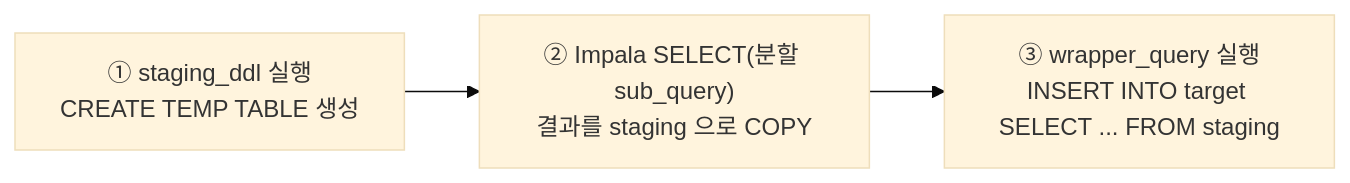
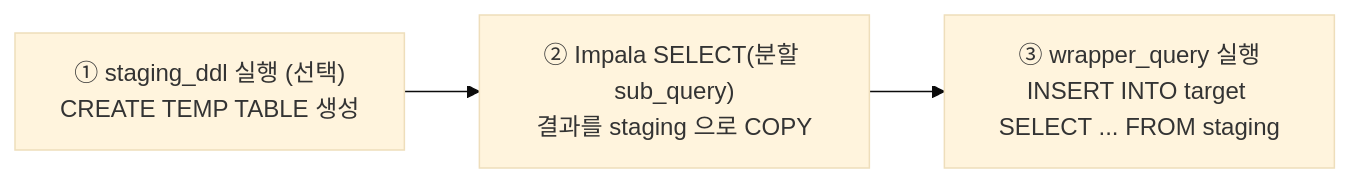
The second of 2 diagrams in INTEGRATION.md (DataDynamics/distributed-query-executor), drawn with Mermaid (base theme) before and after one commit. The commit also changed other lines of this file and 6 other files, not shown here.

First line of the commit message:
stage_insert: staging_ddl 선택화 — 없으면 테이블 생성 건너뜀

````diff
--- a/INTEGRATION.md
+++ b/INTEGRATION.md
@@ -117,5 +121,5 @@
 ```mermaid
 flowchart LR
-    A["① staging_ddl 실행<br/>CREATE TEMP TABLE 생성"] --> B["② Impala SELECT(분할 sub_query)<br/>결과를 staging 으로 COPY"]
+    A["① staging_ddl 실행 (선택)<br/>CREATE TEMP TABLE 생성"] --> B["② Impala SELECT(분할 sub_query)<br/>결과를 staging 으로 COPY"]
     B --> C["③ wrapper_query 실행<br/>INSERT INTO target SELECT ... FROM staging"]
 ```
````
